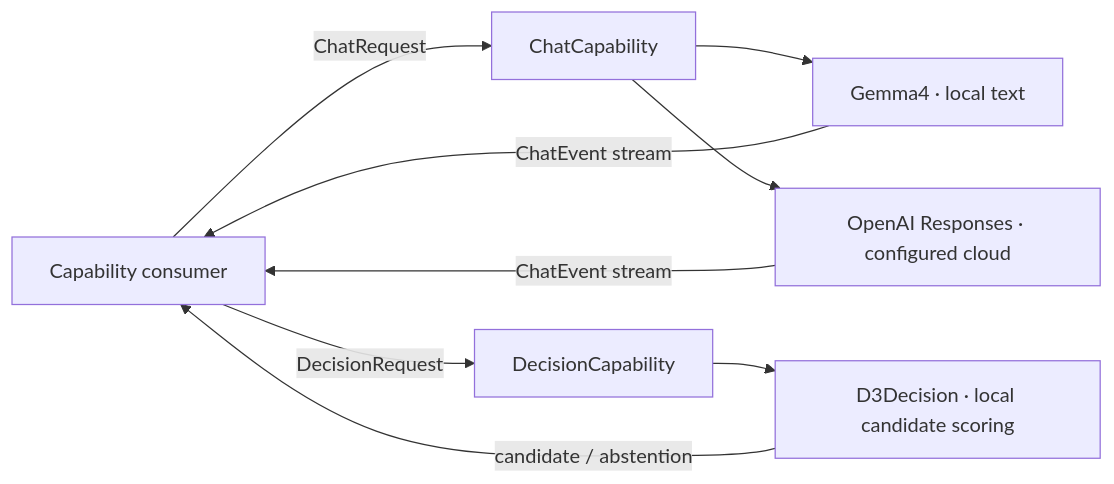
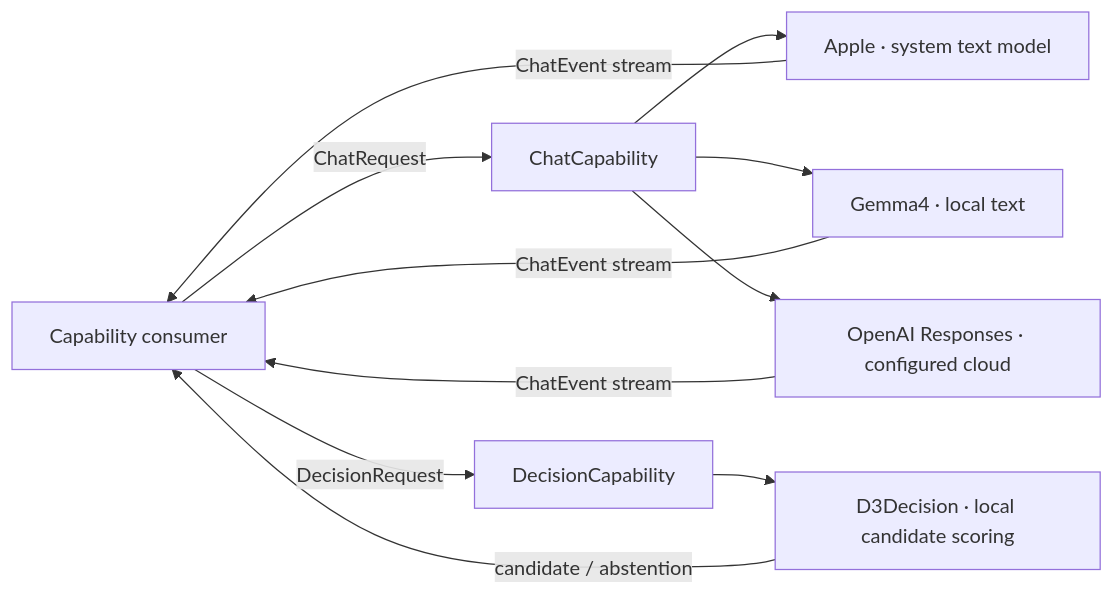
The diagram in MobileHarness/ModelKit/Language/README.md (devilyouwei/MobileHarness), drawn with Mermaid before and after one commit. The commit also changed other lines of this file and 19 other files, not shown here.

````diff
--- a/MobileHarness/ModelKit/Language/README.md
+++ b/MobileHarness/ModelKit/Language/README.md
@@ -9,11 +9,13 @@
 ```mermaid
 flowchart LR
     Caller["Capability consumer"] -->|ChatRequest| Chat["ChatCapability"]
+    Chat --> Apple["Apple · system text model"]
+    Apple -->|ChatEvent stream| Caller
     Chat --> Gemma["Gemma4 · local text"]
     Chat --> Cloud["OpenAI Responses · configured cloud"]
     Gemma -->|ChatEvent stream| Caller
     Cloud -->|ChatEvent stream| Caller
     Caller -->|DecisionRequest| Decision["DecisionCapability"]
     Decision --> D3["D3Decision · local candidate scoring"]
     D3 -->|candidate / abstention| Caller
 ```
````
